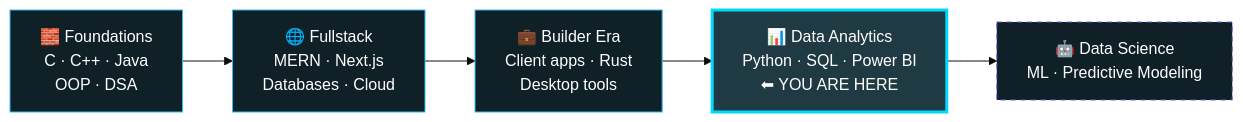
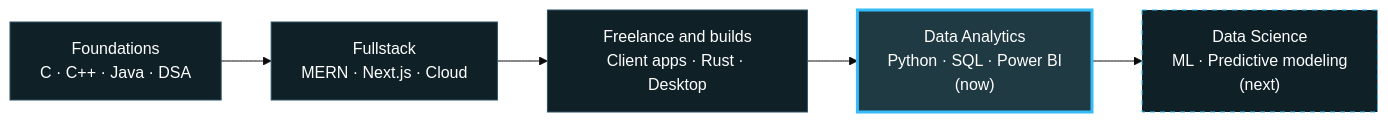
Before and after one commit to AmritBakshi2003/AmritBakshi2003: the diagram in README.md, drawn with Mermaid (base theme). The commit also changed other lines of this file, not shown here.

````diff
--- a/README.md
+++ b/README.md
@@ -157,13 +96,13 @@
 ```mermaid
 flowchart LR
-    A["🧱 Foundations<br/>C · C++ · Java<br/>OOP · DSA"] --> B["🌐 Fullstack<br/>MERN · Next.js<br/>Databases · Cloud"]
-    B --> C["💼 Builder Era<br/>Client apps · Rust<br/>Desktop tools"]
-    C --> D["📊 Data Analytics<br/>Python · SQL · Power BI<br/>⬅ YOU ARE HERE"]
-    D --> E["🤖 Data Science<br/>ML · Predictive Modeling"]
+    A["Foundations<br/>C · C++ · Java · DSA"] --> B["Fullstack<br/>MERN · Next.js · Cloud"]
+    B --> C["Freelance and builds<br/>Client apps · Rust · Desktop"]
+    C --> D["Data Analytics<br/>Python · SQL · Power BI<br/>(now)"]
+    D --> E["Data Science<br/>ML · Predictive modeling<br/>(next)"]
 
-    style A fill:#0f2027,stroke:#36BCF7,color:#fff
-    style B fill:#0f2027,stroke:#36BCF7,color:#fff
-    style C fill:#0f2027,stroke:#36BCF7,color:#fff
-    style D fill:#203a43,stroke:#00D9FF,stroke-width:3px,color:#fff
-    style E fill:#0f2027,stroke:#6C5CE7,stroke-dasharray: 5 5,color:#fff
+    style A fill:#0f2027,stroke:#2c5364,color:#fff
+    style B fill:#0f2027,stroke:#2c5364,color:#fff
+    style C fill:#0f2027,stroke:#2c5364,color:#fff
+    style D fill:#203a43,stroke:#36BCF7,stroke-width:3px,color:#fff
+    style E fill:#0f2027,stroke:#36BCF7,stroke-dasharray: 5 5,color:#fff
 ```
````
